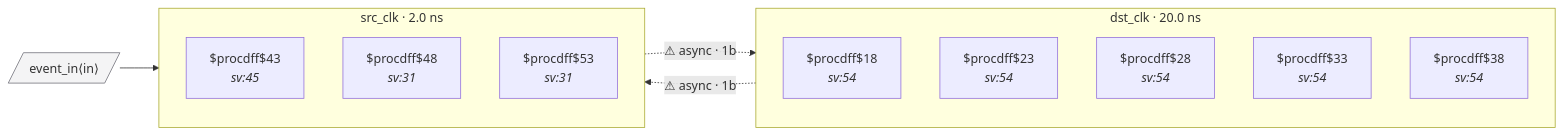
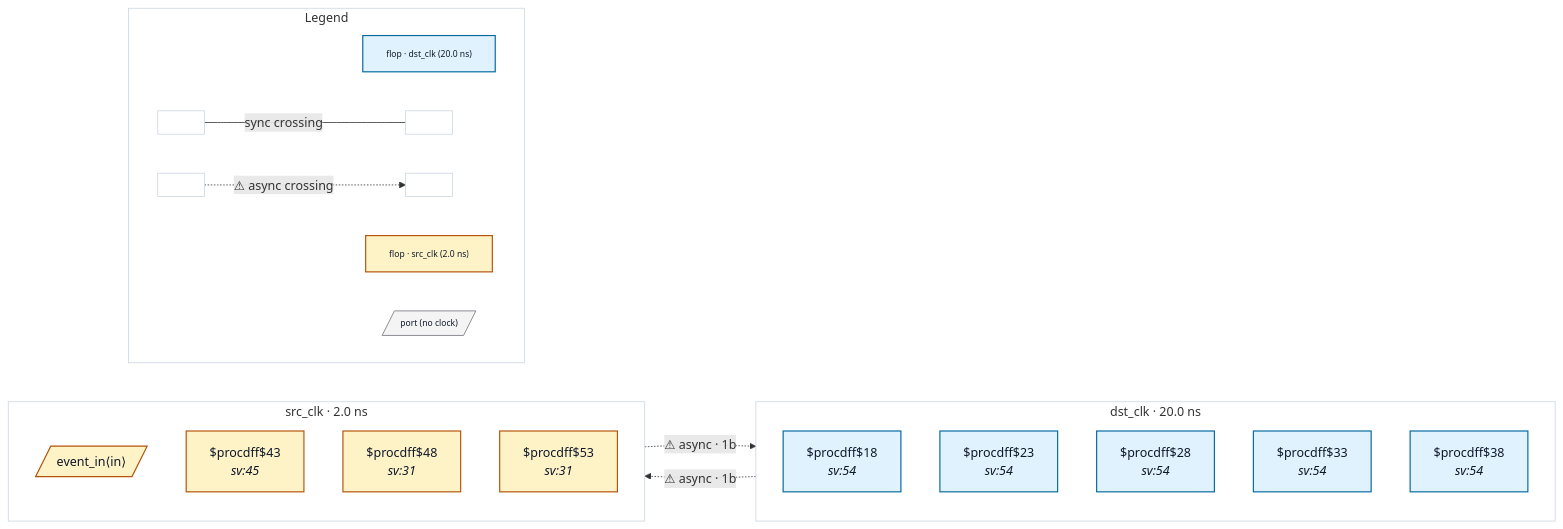
The diagram in tests/fixtures/good_fast_to_slow_handshake/README.md (rtl-buddy/rtl-buddy-cdc), drawn with Mermaid before and after one commit. The commit also changed 71 other files, not shown here.

First line of the commit message:
Refresh fixture READMEs + render iterations (colors, legend, nested ports, clock-net edges)

````diff
--- a/tests/fixtures/good_fast_to_slow_handshake/README.md
+++ b/tests/fixtures/good_fast_to_slow_handshake/README.md
@@ -20,23 +20,47 @@
 ```mermaid
 %% good_fast_to_slow_handshake — generated by rtl-buddy-cdc render
 flowchart LR
   subgraph clk_dst_clk["dst_clk · 20.0 ns"]
     direction TB
-    f_4d44bbad["$procdff$18<br/><i>sv:54</i>"]
-    f_e9212816["$procdff$23<br/><i>sv:54</i>"]
-    f_739d4e6b["$procdff$28<br/><i>sv:54</i>"]
-    f_3b8f8ba3["$procdff$33<br/><i>sv:54</i>"]
-    f_02840d86["$procdff$38<br/><i>sv:54</i>"]
+    f_4d44bbad["$procdff$18<br/><i>sv:54</i>"]:::ckcls_dst_clk
+    f_e9212816["$procdff$23<br/><i>sv:54</i>"]:::ckcls_dst_clk
+    f_739d4e6b["$procdff$28<br/><i>sv:54</i>"]:::ckcls_dst_clk
+    f_3b8f8ba3["$procdff$33<br/><i>sv:54</i>"]:::ckcls_dst_clk
+    f_02840d86["$procdff$38<br/><i>sv:54</i>"]:::ckcls_dst_clk
   end
   subgraph clk_src_clk["src_clk · 2.0 ns"]
     direction TB
-    f_b81cb8f4["$procdff$43<br/><i>sv:45</i>"]
-    f_3f1881b3["$procdff$48<br/><i>sv:31</i>"]
-    f_432592af["$procdff$53<br/><i>sv:31</i>"]
+    p_in_event_in[/"event_in⟨in⟩"/]:::ckcls_src_clk
+    f_b81cb8f4["$procdff$43<br/><i>sv:45</i>"]:::ckcls_src_clk
+    f_3f1881b3["$procdff$48<br/><i>sv:31</i>"]:::ckcls_src_clk
+    f_432592af["$procdff$53<br/><i>sv:31</i>"]:::ckcls_src_clk
   end
-  p_in_event_in[/"event_in⟨in⟩"/]:::port
-  p_in_event_in --> f_b81cb8f4
   f_e9212816 -. "⚠ async · 1b" .-> f_3f1881b3
   f_b81cb8f4 -. "⚠ async · 1b" .-> f_739d4e6b
-  classDef port fill:#f4f4f5,stroke:#71717a
+  subgraph rb_legend["Legend"]
+    direction LR
+    lg_clk_dst_clk["flop · dst_clk (20.0 ns)"]:::ckcls_dst_clk
+    lg_clk_src_clk["flop · src_clk (2.0 ns)"]:::ckcls_src_clk
+    lg_port[/"port (no clock)"/]:::port_unassigned
+    lg_sync_a[" "]:::ckcls_legend_neutral
+    lg_sync_b[" "]:::ckcls_legend_neutral
+    lg_async_a[" "]:::ckcls_legend_neutral
+    lg_async_b[" "]:::ckcls_legend_neutral
+    lg_sync_a --- |"sync crossing"| lg_sync_b
+    lg_async_a -. "⚠ async crossing" .-> lg_async_b
+  end
+  style clk_dst_clk fill:none,stroke:#cbd5e1
+  style clk_src_clk fill:none,stroke:#cbd5e1
+  style rb_legend fill:none,stroke:#cbd5e1
+  style lg_clk_dst_clk font-size:11px
+  style lg_clk_src_clk font-size:11px
+  style lg_port font-size:11px
+  style lg_sync_a font-size:11px
+  style lg_sync_b font-size:11px
+  style lg_async_a font-size:11px
+  style lg_async_b font-size:11px
+  classDef ckcls_dst_clk fill:#e0f2fe,stroke:#0369a1,stroke-width:1.5px,color:#0f172a
+  classDef ckcls_src_clk fill:#fef3c7,stroke:#b45309,stroke-width:1.5px,color:#0f172a
+  classDef port_unassigned fill:#f4f4f5,stroke:#71717a,color:#0f172a
+  classDef ckcls_legend_neutral fill:#ffffff,stroke:#cbd5e1,stroke-width:1px,color:#0f172a
 ```
````
